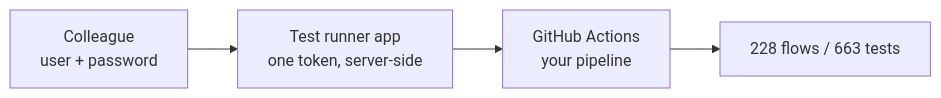
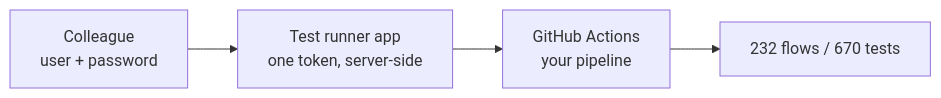
One commit to asaf-1/Agents-Playground changed the diagram in docs/features/test-runner.md. Above: the diagram before and after it, drawn with Mermaid. The commit also changed 47 other files, not shown here.

````diff
--- a/docs/features/test-runner.md
+++ b/docs/features/test-runner.md
@@ -21,6 +21,6 @@
 ```mermaid
 flowchart LR
   colleague["Colleague<br/>user + password"] --> runner["Test runner app<br/>one token, server-side"]
   runner --> gha["GitHub Actions<br/>your pipeline"]
-  gha --> tests["228 flows / 663 tests"]
+  gha --> tests["232 flows / 670 tests"]
 ```
````
